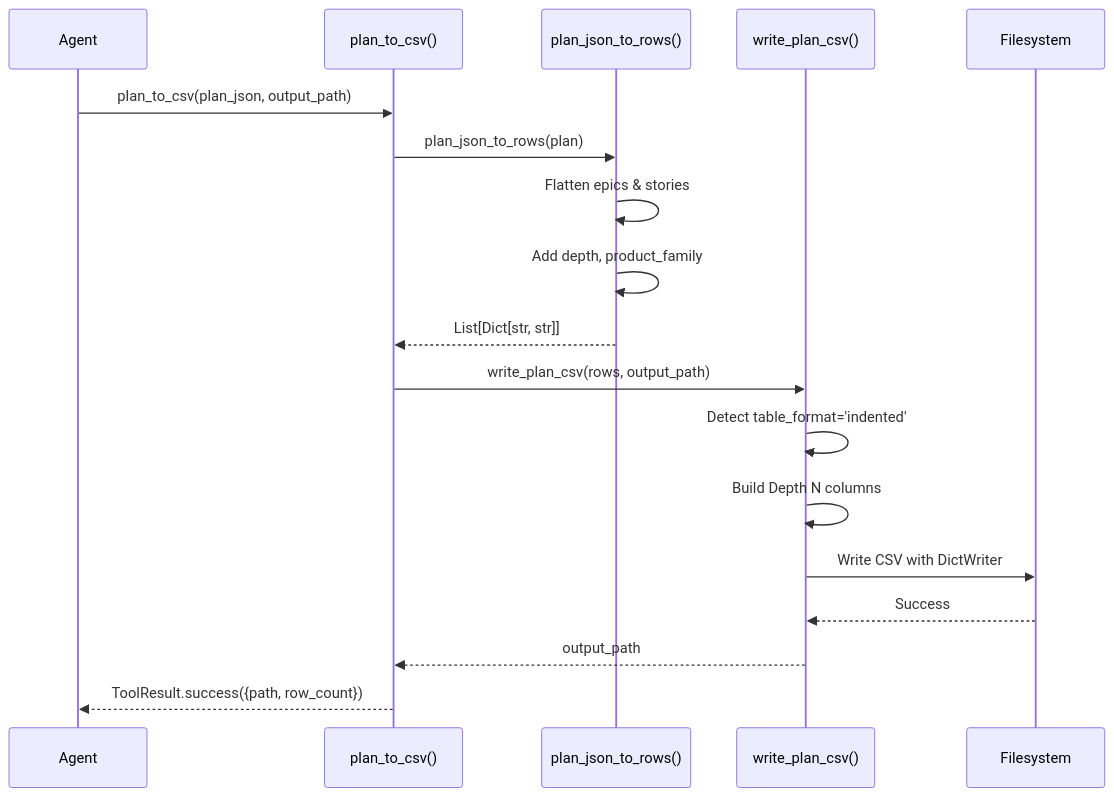
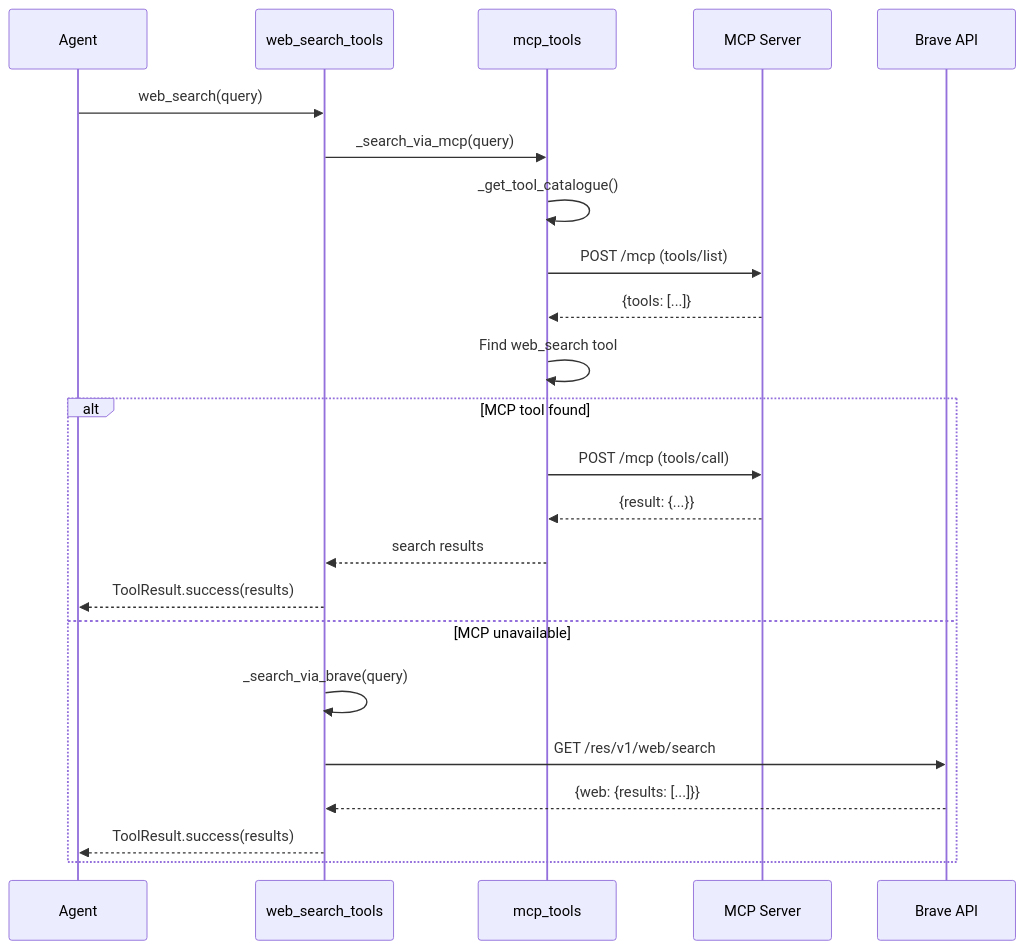
One commit to jmac-cornelis/agent-workforce changed the fourth of 4 diagrams in docs/tools.md. Above: the diagram before and after it, drawn with Mermaid. The commit also changed other lines of this file and 4 other files, not shown here.

````diff
--- a/docs/tools.md
+++ b/docs/tools.md
@@ -130,21 +143,27 @@
 ```mermaid
 sequenceDiagram
-    participant Agent as Agent
-    participant Tool as plan_to_csv()
-    participant Converter as plan_json_to_rows()
-    participant Writer as write_plan_csv()
-    participant File as Filesystem
+    participant Agent
+    participant web_search_tools
+    participant mcp_tools
+    participant MCP Server
+    participant Brave API
     
-    Agent->>Tool: plan_to_csv(plan_json, output_path)
-    Tool->>Converter: plan_json_to_rows(plan)
-    Converter->>Converter: Flatten epics & stories
-    Converter->>Converter: Add depth, product_family
-    Converter-->>Tool: List[Dict[str, str]]
-    Tool->>Writer: write_plan_csv(rows, output_path)
-    Writer->>Writer: Detect table_format='indented'
-    Writer->>Writer: Build Depth N columns
-    Writer->>File: Write CSV with DictWriter
-    File-->>Writer: Success
-    Writer-->>Tool: output_path
-    Tool-->>Agent: ToolResult.success({path, row_count})
+    Agent->>web_search_tools: web_search(query)
+    web_search_tools->>mcp_tools: _search_via_mcp(query)
+    mcp_tools->>mcp_tools: _get_tool_catalogue()
+    mcp_tools->>MCP Server: POST /mcp (tools/list)
+    MCP Server-->>mcp_tools: {tools: [...]}
+    mcp_tools->>mcp_tools: Find web_search tool
+    
+    alt MCP tool found
+        mcp_tools->>MCP Server: POST /mcp (tools/call)
+        MCP Server-->>mcp_tools: {result: {...}}
+        mcp_tools-->>web_search_tools: search results
+        web_search_tools-->>Agent: ToolResult.success(results)
+    else MCP unavailable
+        web_search_tools->>web_search_tools: _search_via_brave(query)
+        web_search_tools->>Brave API: GET /res/v1/web/search
+        Brave API-->>web_search_tools: {web: {results: [...]}}
+        web_search_tools-->>Agent: ToolResult.success(results)
+    end
 ```
````
